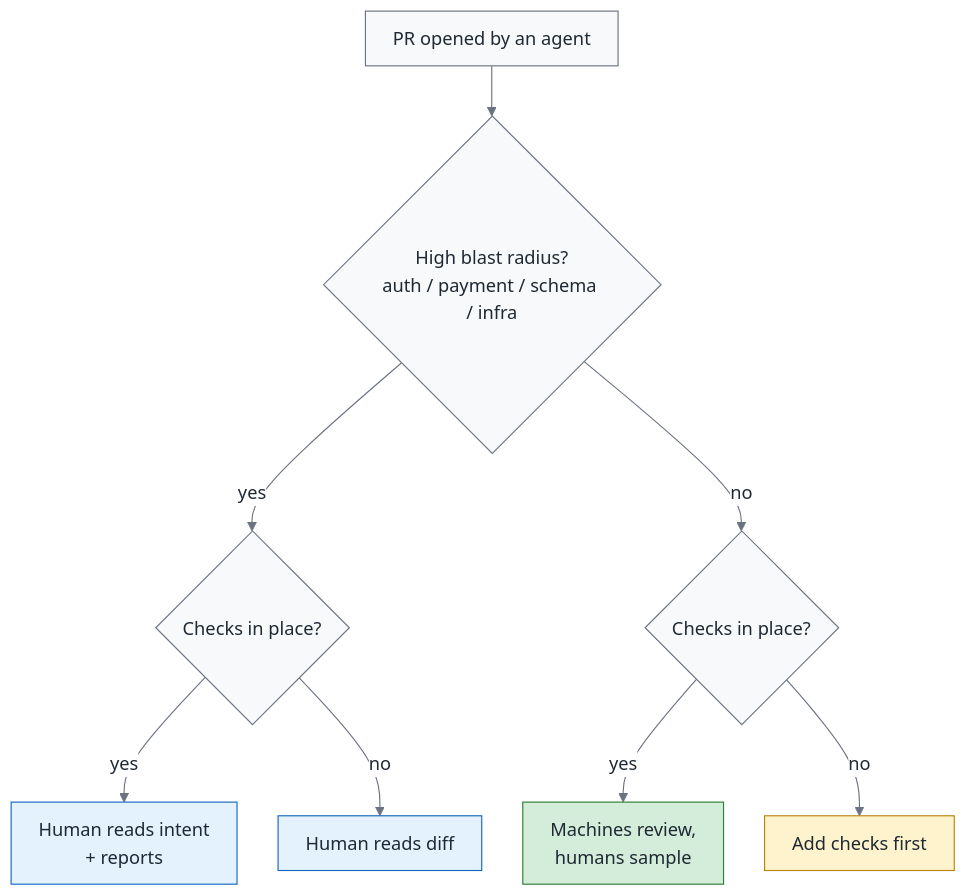
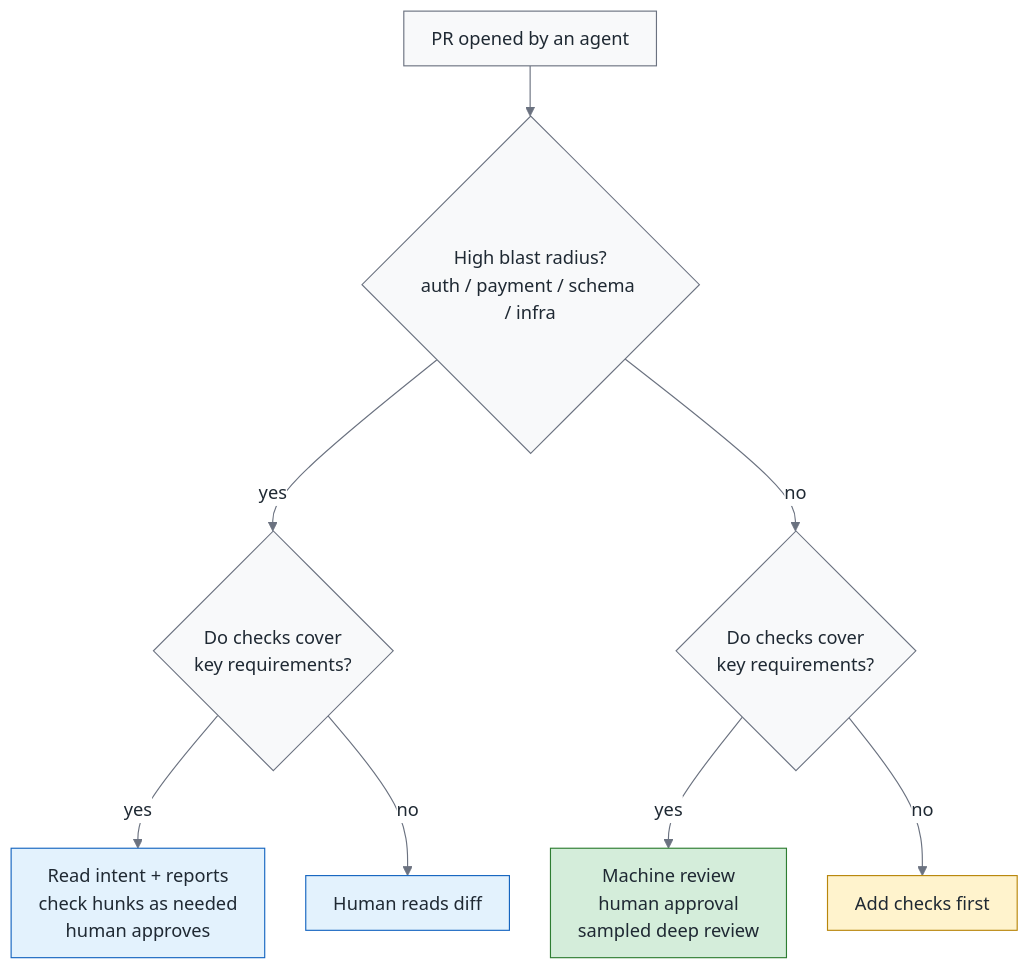
Before and after one commit to fantasybz/medium-articles: the sixth of 10 diagrams in 2026-10-green-overview/article.en.md, drawn with Mermaid. The commit also changed other lines of this file and 93 other files, not shown here.

````diff
--- a/2026-10-green-overview/article.en.md
+++ b/2026-10-green-overview/article.en.md
@@ -454,41 +454,41 @@
 ```mermaid
 ---
 config:
   theme: base
   themeVariables:
     fontSize: 16px
     primaryColor: "#f8f9fa"
     primaryTextColor: "#1f2933"
     primaryBorderColor: "#6b7280"
     lineColor: "#6b7280"
     secondaryColor: "#f8f9fa"
     tertiaryColor: "#ffffff"
     clusterBkg: "#ffffff"
     clusterBorder: "#9ca3af"
     edgeLabelBackground: "#ffffff"
   flowchart:
     nodeSpacing: 36
     rankSpacing: 44
     padding: 12
     htmlLabels: true
     subGraphTitleMargin:
       top: 8
       bottom: 12
     curve: basis
 ---
 flowchart TB
     classDef own fill:#d4edda,stroke:#2e7d32,color:#1f2933
     classDef buy fill:#fff3cd,stroke:#b8860b,color:#1f2933
     classDef bad fill:#ffe0e0,stroke:#c0392b,color:#1f2933
     classDef human fill:#e3f2fd,stroke:#1565c0,color:#1f2933
     P["PR opened by an agent"] --> Q1{"High blast radius?<br/>auth / payment / schema / infra"}
-    Q1 -->|yes| Q2{"Checks in place?"}
-    Q1 -->|no| Q3{"Checks in place?"}
-    Q2 -->|yes| O1["Human reads intent<br/>+ reports"]
+    Q1 -->|yes| Q2{"Do checks cover<br/>key requirements?"}
+    Q1 -->|no| Q3{"Do checks cover<br/>key requirements?"}
+    Q2 -->|yes| O1["Read intent + reports<br/>check hunks as needed<br/>human approves"]
     Q2 -->|no| O2["Human reads diff"]
-    Q3 -->|yes| O3["Machines review,<br/>humans sample"]
+    Q3 -->|yes| O3["Machine review<br/>human approval<br/>sampled deep review"]
     Q3 -->|no| O4["Add checks first"]
     class O1,O2 human
     class O3 own
     class O4 buy
 ```
````
